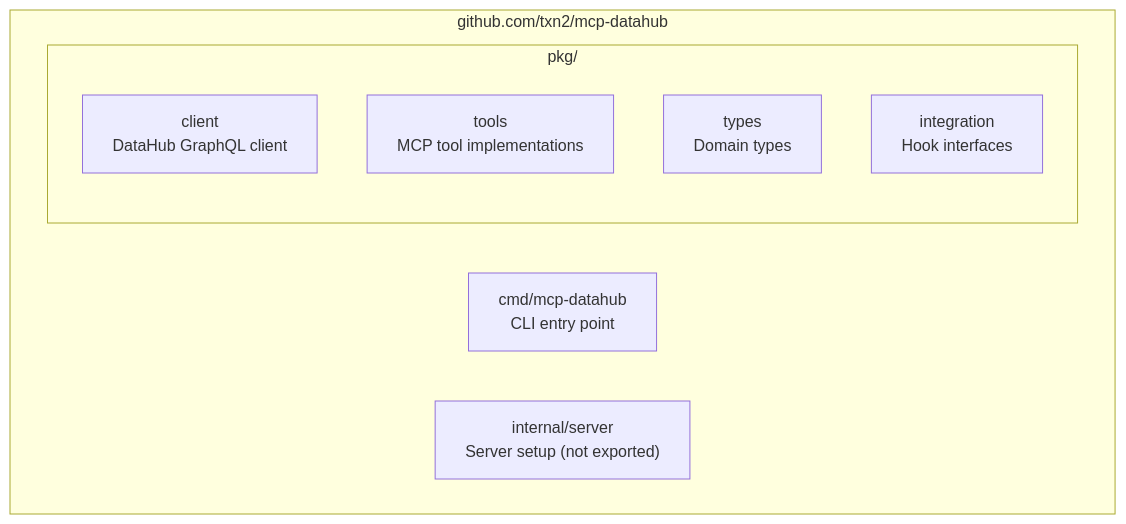
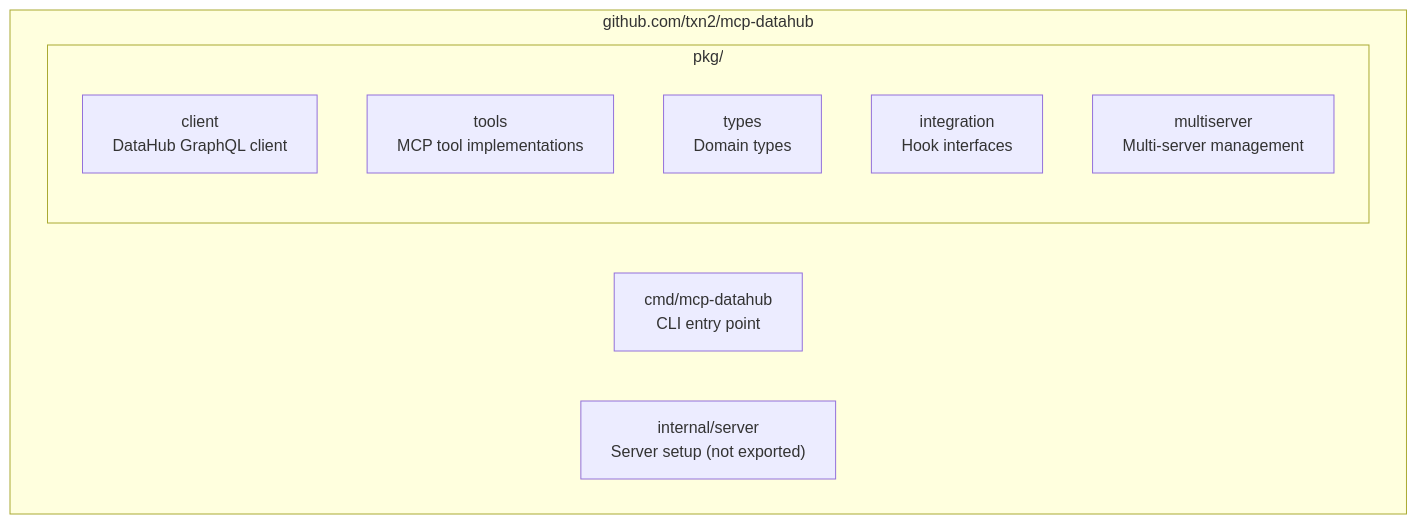
Before and after one commit to txn2/mcp-datahub: the first of 8 diagrams in docs/library/architecture.md, drawn with Mermaid. The commit also changed other lines of this file, not shown here.

Commit message:
Enhance `architecture.md` with detailed diagrams and explanations for request lifecycle, middleware chain, client architecture, multi-server management, error handling, and thread safety.

````diff
--- a/docs/library/architecture.md
+++ b/docs/library/architecture.md
@@ -15,13 +15,14 @@
 ```mermaid
 flowchart TB
     subgraph root["github.com/txn2/mcp-datahub"]
         cmd["cmd/mcp-datahub<br/>CLI entry point"]
         internal["internal/server<br/>Server setup (not exported)"]
         subgraph pkg["pkg/"]
             client["client<br/>DataHub GraphQL client"]
             tools["tools<br/>MCP tool implementations"]
             types["types<br/>Domain types"]
             integration["integration<br/>Hook interfaces"]
+            multiserver["multiserver<br/>Multi-server management"]
         end
     end
 ```
````
